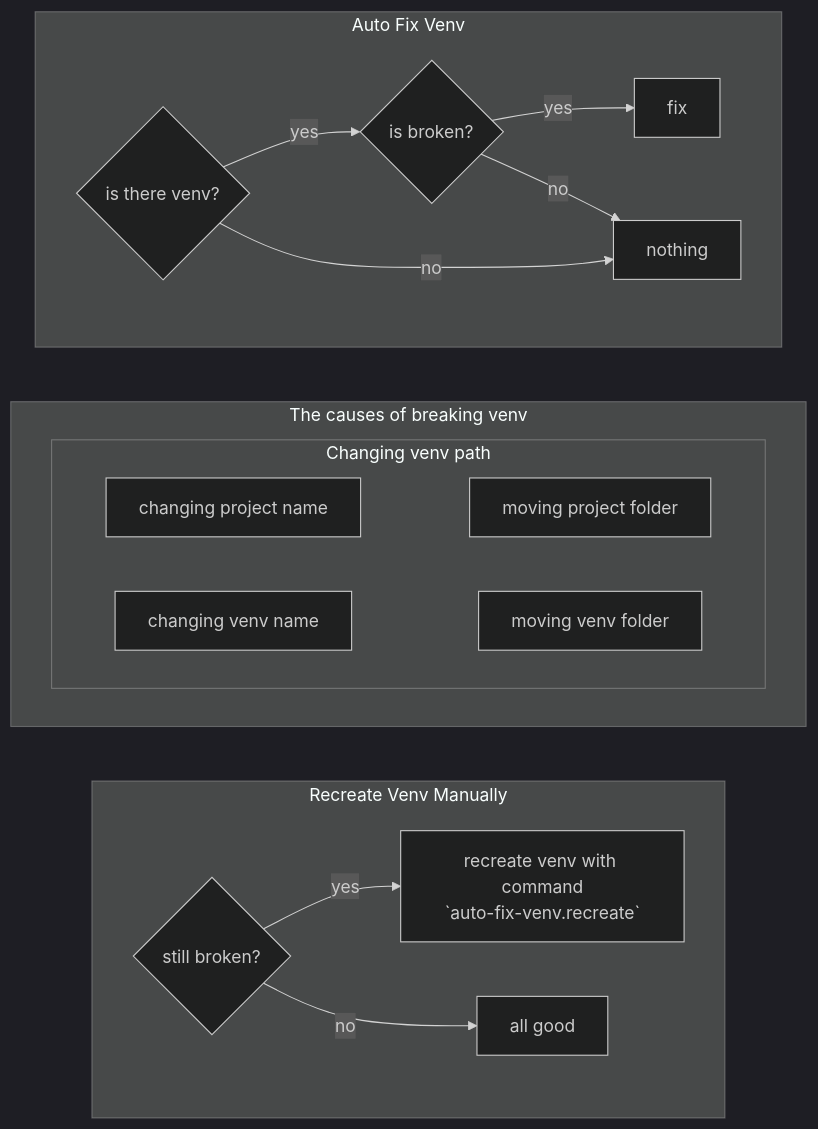
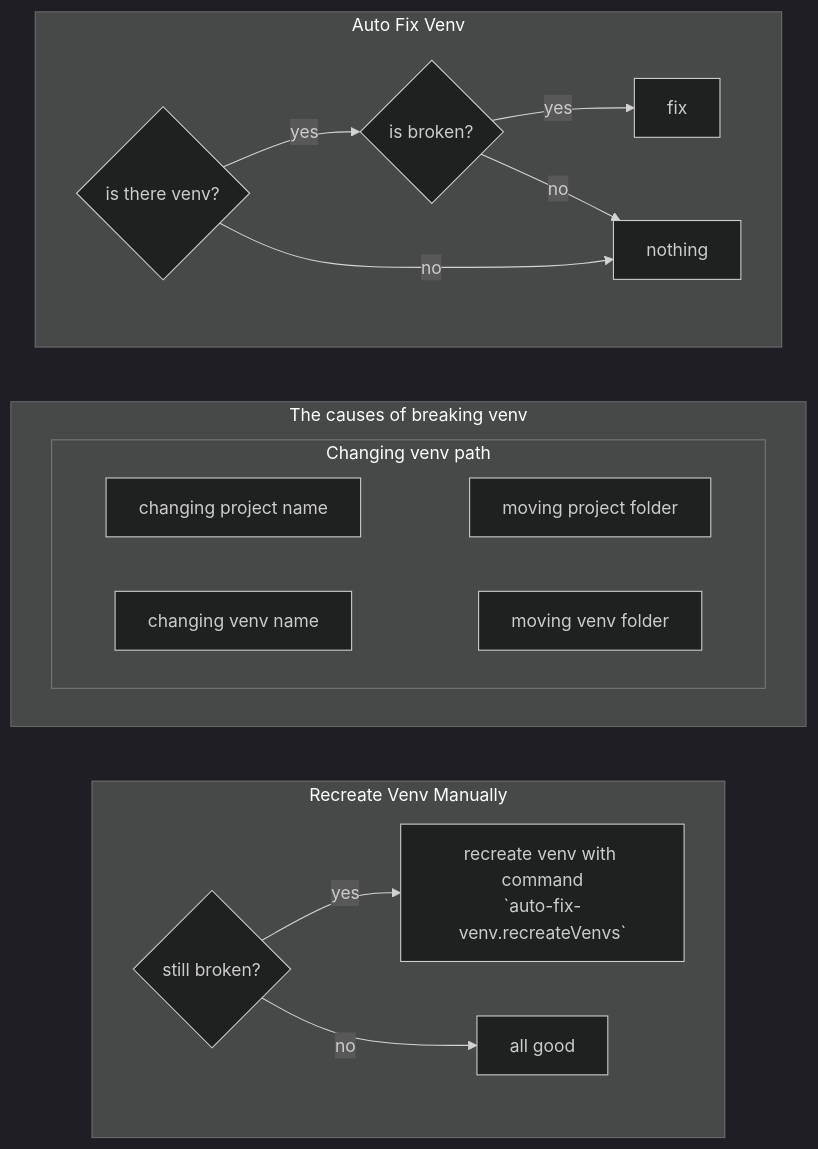
The diagram in docs/flowchart.md (CatBraaain/vscode-auto-fix-venv), drawn with Mermaid before and after one commit. The commit also changed 3 other files, not shown here.

````diff
--- a/docs/flowchart.md
+++ b/docs/flowchart.md
@@ -1,34 +1,34 @@
 ```mermaid
     %%{init: {'theme':'dark'}}%%
     flowchart TB;
         subgraph AutoFixVenv[Auto Fix Venv]
             direction LR
             venvExists{is there venv?}
             venvExists -- yes --> isBroken
                 isBroken{is broken?}
                 isBroken -- yes --> fix
                 isBroken -- no --> nothing
             venvExists -- no --> nothing
         end
 
         subgraph Causes[The causes of breaking venv]
             subgraph ChangeVenvPath[Changing venv path]
                 direction LR
                 1[changing project name]
                 2[moving project folder]
                 3[changing venv name]
                 4[moving venv folder]
                 1 ~~~ 2
                 3 ~~~ 4
             end
         end
 
         subgraph RecreateVenv[Recreate Venv Manually]
             direction LR
             stillBroken{still broken?}
-            stillBroken -- yes --> recreate[recreate venv with command\n`auto-fix-venv.recreate`]
+            stillBroken -- yes --> recreate[recreate venv with command\n`auto-fix-venv.recreateVenvs`]
             stillBroken -- no --> allGood[all good]
         end
 
         AutoFixVenv ~~~ Causes ~~~ RecreateVenv
 ```
````
